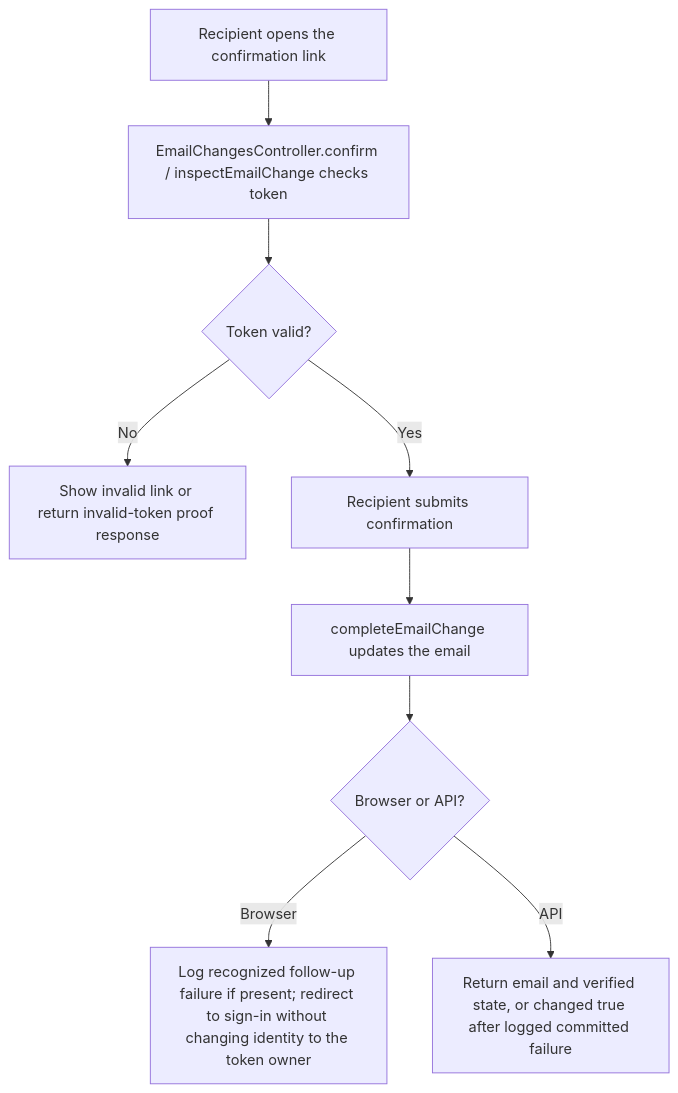
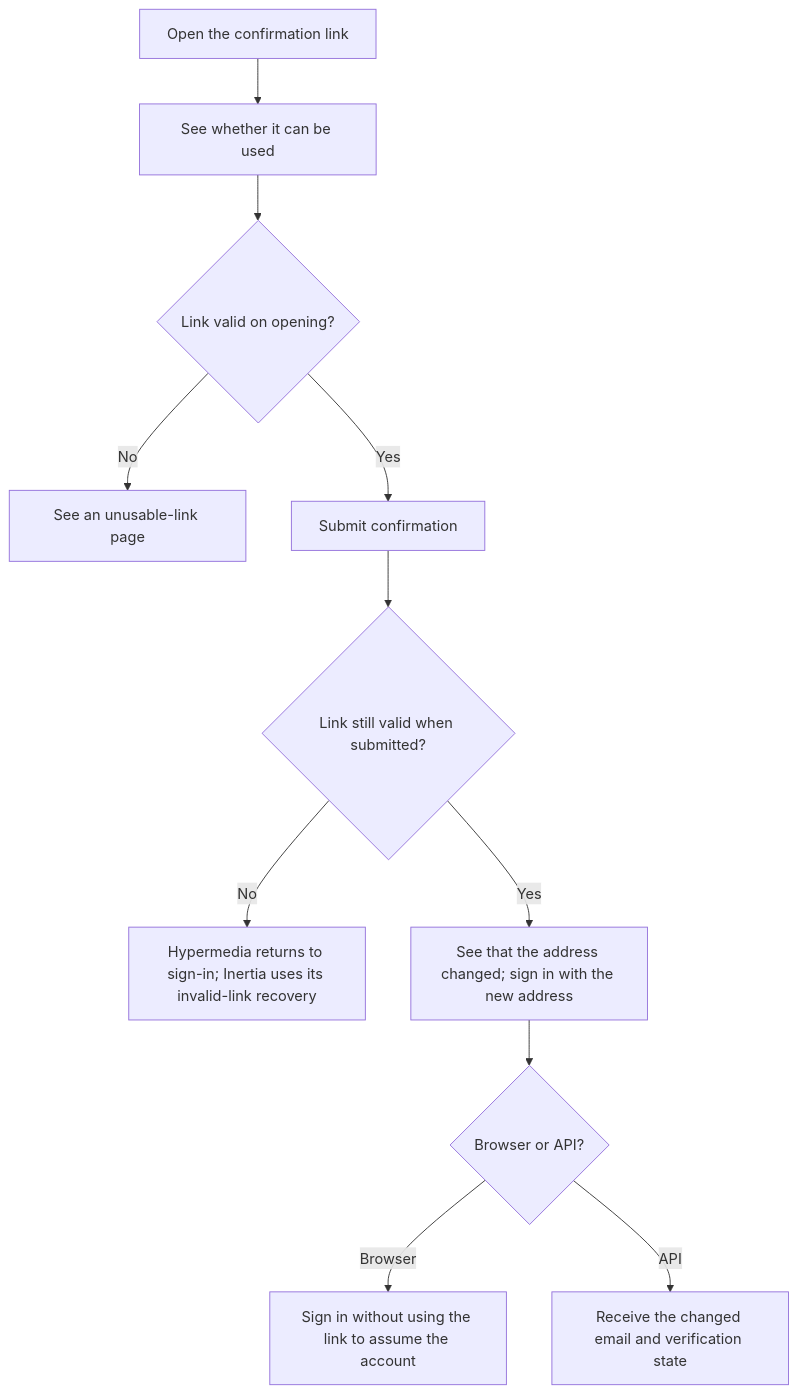
Before and after one commit to Kevinjohn/oss-adonisjs-starter-examples: the first of 2 diagrams in user-stories/accounts/us-account-07-confirm-email-change.md, drawn with Mermaid. The commit also changed other lines of this file and 29 other files, not shown here.

````diff
--- a/user-stories/accounts/us-account-07-confirm-email-change.md
+++ b/user-stories/accounts/us-account-07-confirm-email-change.md
@@ -21,11 +21,13 @@
 ```mermaid
 flowchart TD
-    A["Recipient opens the confirmation link"] --> B["EmailChangesController.confirm / inspectEmailChange checks token"]
-    B --> C{"Token valid?"}
-    C -->|No| D["Show invalid link or return invalid-token proof response"]
-    C -->|Yes| E["Recipient submits confirmation"]
-    E --> F["completeEmailChange updates the email"]
-    F --> G{"Browser or API?"}
-    G -->|Browser| H["Log recognized follow-up failure if present; redirect to sign-in without changing identity to the token owner"]
-    G -->|API| I["Return email and verified state, or changed true after logged committed failure"]
+    A["Open the confirmation link"] --> B["See whether it can be used"]
+    B --> C{"Link valid on opening?"}
+    C -->|No| D["See an unusable-link page"]
+    C -->|Yes| E["Submit confirmation"]
+    E --> F{"Link still valid when submitted?"}
+    F -->|No| G["Hypermedia returns to sign-in; Inertia uses its invalid-link recovery"]
+    F -->|Yes| H["See that the address changed; sign in with the new address"]
+    H --> I{"Browser or API?"}
+    I -->|Browser| J["Sign in without using the link to assume the account"]
+    I -->|API| K["Receive the changed email and verification state"]
 ```
````
